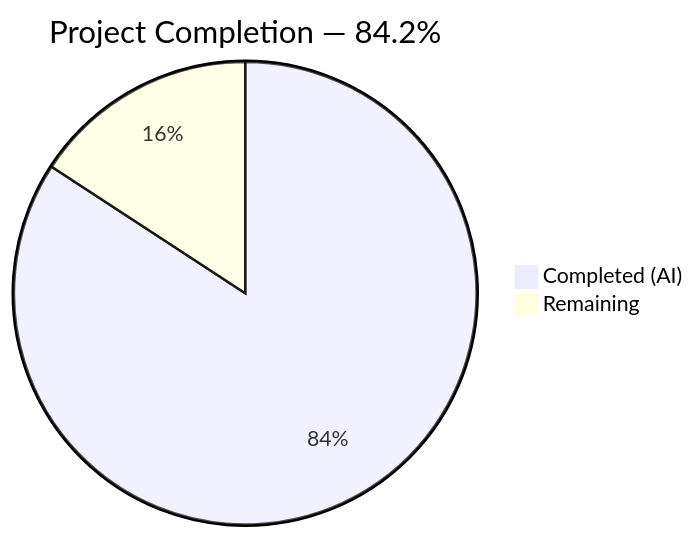
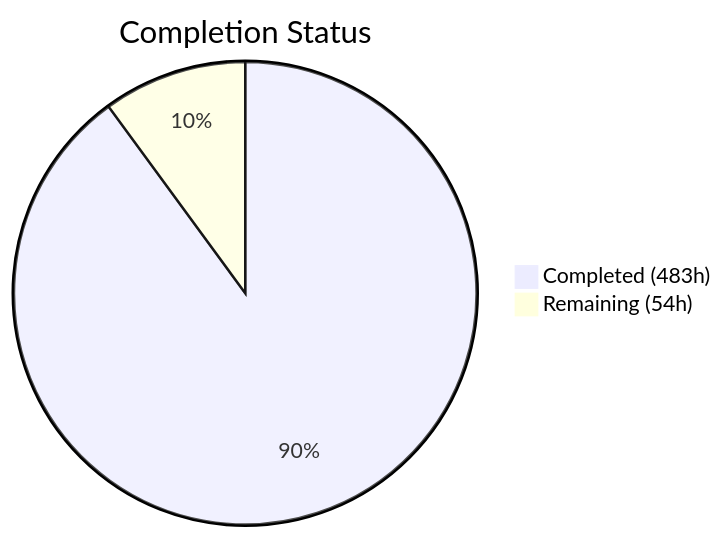
The first of 2 diagrams in blitzy/documentation/Project Guide.md (Blitzy-Sandbox/blitzy-WebVella-ERP), drawn with Mermaid before and after one commit. The commit also changed other lines of this file, not shown here.

Commit message:
Adding Blitzy Project Guide: Project Status and Human Tasks Remaining

````diff
--- a/blitzy/documentation/Project Guide.md
+++ b/blitzy/documentation/Project Guide.md
@@ -13,5 +13,5 @@
 ```mermaid
-pie title Project Completion — 84.2%
-    "Completed (AI)" : 544
-    "Remaining" : 102
+pie title Completion Status
+    "Completed (483h)" : 483
+    "Remaining (54h)" : 54
 ```
````
